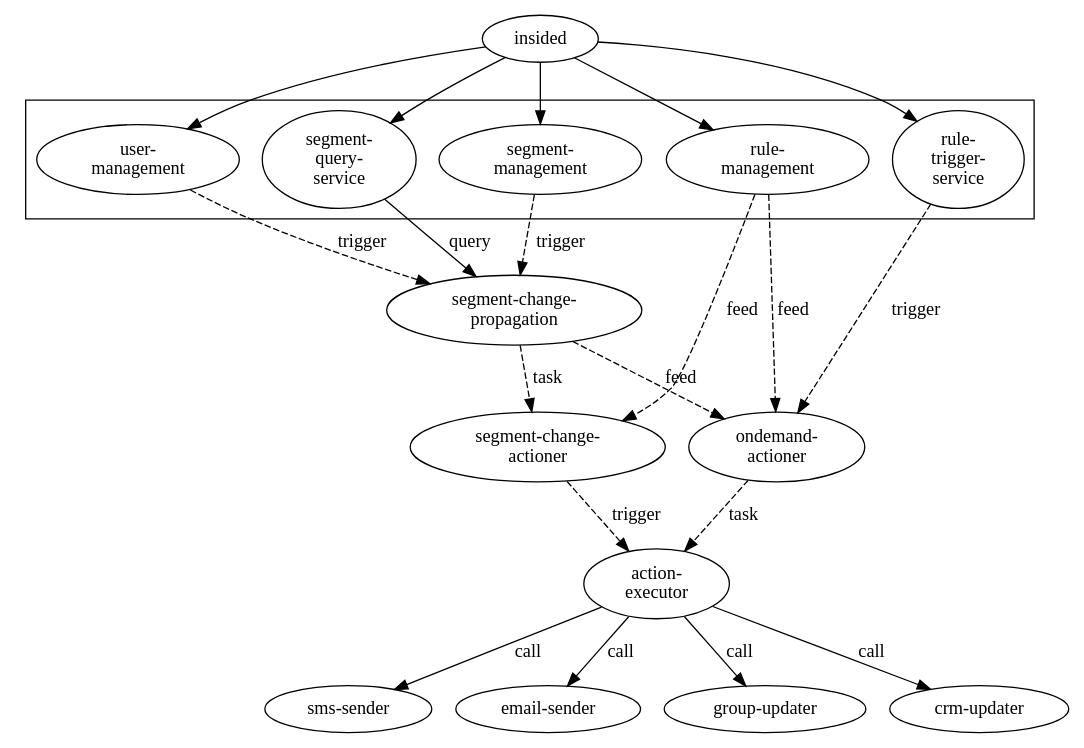
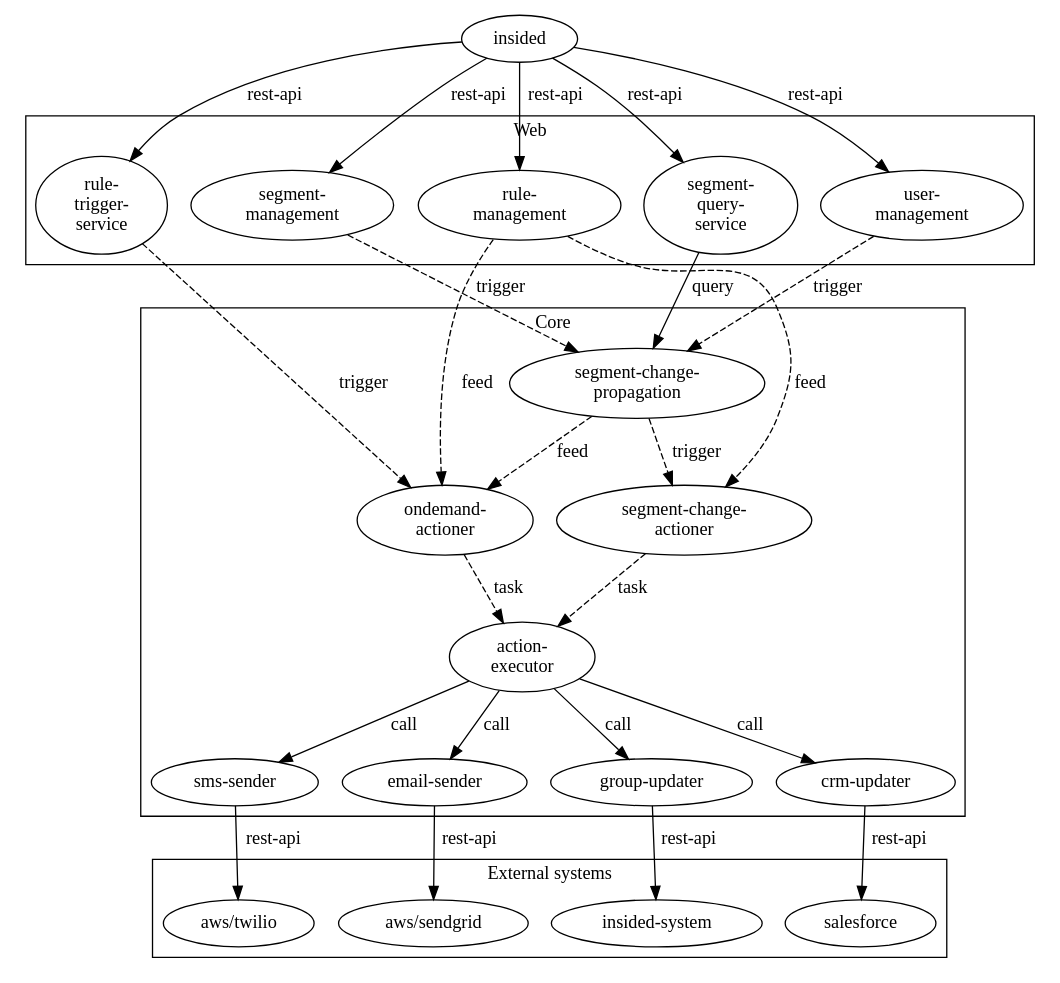
One commit to MarcGrol/userautomation changed the diagram in doc/architecture.dot. Above: the diagram before and after it, drawn with Graphviz. The commit also changed 1 other file, not shown here.

Commit message:
better architectire picture

```diff
--- a/doc/architecture.dot
+++ b/doc/architecture.dot
@@ -1,38 +1,65 @@
     digraph G {
     
       rankdir="TD"
       
-      insided -> "rule-\ntrigger-\nservice"
-      insided -> "rule-\nmanagement"
-      insided -> "user-\nmanagement"
-      insided -> "segment-\nmanagement"
-      insided -> "segment-\nquery-\nservice"
+      insided -> "rule-\ntrigger-\nservice" [label="rest-api"]
+      insided -> "rule-\nmanagement" [label="rest-api"]
+      insided -> "user-\nmanagement" [label="rest-api"]
+      insided -> "segment-\nmanagement" [label="rest-api"]
+      insided -> "segment-\nquery-\nservice" [label="rest-api"]
 
       subgraph cluster_Web {
+          label = "Web"
           "rule-\ntrigger-\nservice"
           "rule-\nmanagement"
           "user-\nmanagement"
           "segment-\nmanagement"
           "segment-\nquery-\nservice"
       }
+
+     subgraph cluster_Core {
+          label = "Core"
+          "ondemand-\nactioner"
+          "segment-change-\npropagation"
+          "segment-change-\nactioner"
+          "action-\nexecutor"
+          "sms-sender"
+          "email-sender"
+          "group-updater"
+          "crm-updater"
+      }
+
+       subgraph cluster_External {
+           label = "External systems"
+            "aws/sendgrid"
+            "aws/twilio"
+            "insided-system"
+            "salesforce"
+        }
 
        "rule-\ntrigger-\nservice" -> "ondemand-\nactioner" [style=dashed, label=trigger]
       "segment-\nmanagement" -> "segment-change-\npropagation" [style=dashed, label=trigger]
       "segment-\nquery-\nservice" -> "segment-change-\npropagation" [label=query]
 
       "rule-\nmanagement" -> "ondemand-\nactioner" [style=dashed, label=feed]
 
       "user-\nmanagement" -> "segment-change-\npropagation" [style=dashed, label=trigger]
       "segment-change-\npropagation" -> "ondemand-\nactioner" [style=dashed, label=feed]
 
-      "segment-change-\npropagation" -> "segment-change-\nactioner"  [style=dashed, label=task]
+      "segment-change-\npropagation" -> "segment-change-\nactioner"  [style=dashed, label=trigger]
       "rule-\nmanagement" -> "segment-change-\nactioner" [style=dashed, label=feed]
-      "segment-change-\nactioner" -> "action-\nexecutor" [style=dashed, label=trigger]
+      "segment-change-\nactioner" -> "action-\nexecutor" [style=dashed, label=task]
 
       "ondemand-\nactioner" -> "action-\nexecutor" [style=dashed, label=task]
 
       "action-\nexecutor" -> "sms-sender" [label=call]
       "action-\nexecutor" -> "email-sender" [label=call]
       "action-\nexecutor" -> "group-updater" [label=call]
       "action-\nexecutor" -> "crm-updater" [label=call]
+
+      "email-sender" -> "aws/sendgrid" [label="rest-api"]
+      "sms-sender" -> "aws/twilio" [label="rest-api"]
+      "group-updater" -> "insided-system" [label="rest-api"]
+      "crm-updater" -> "salesforce" [label="rest-api"]
+
     }
```
